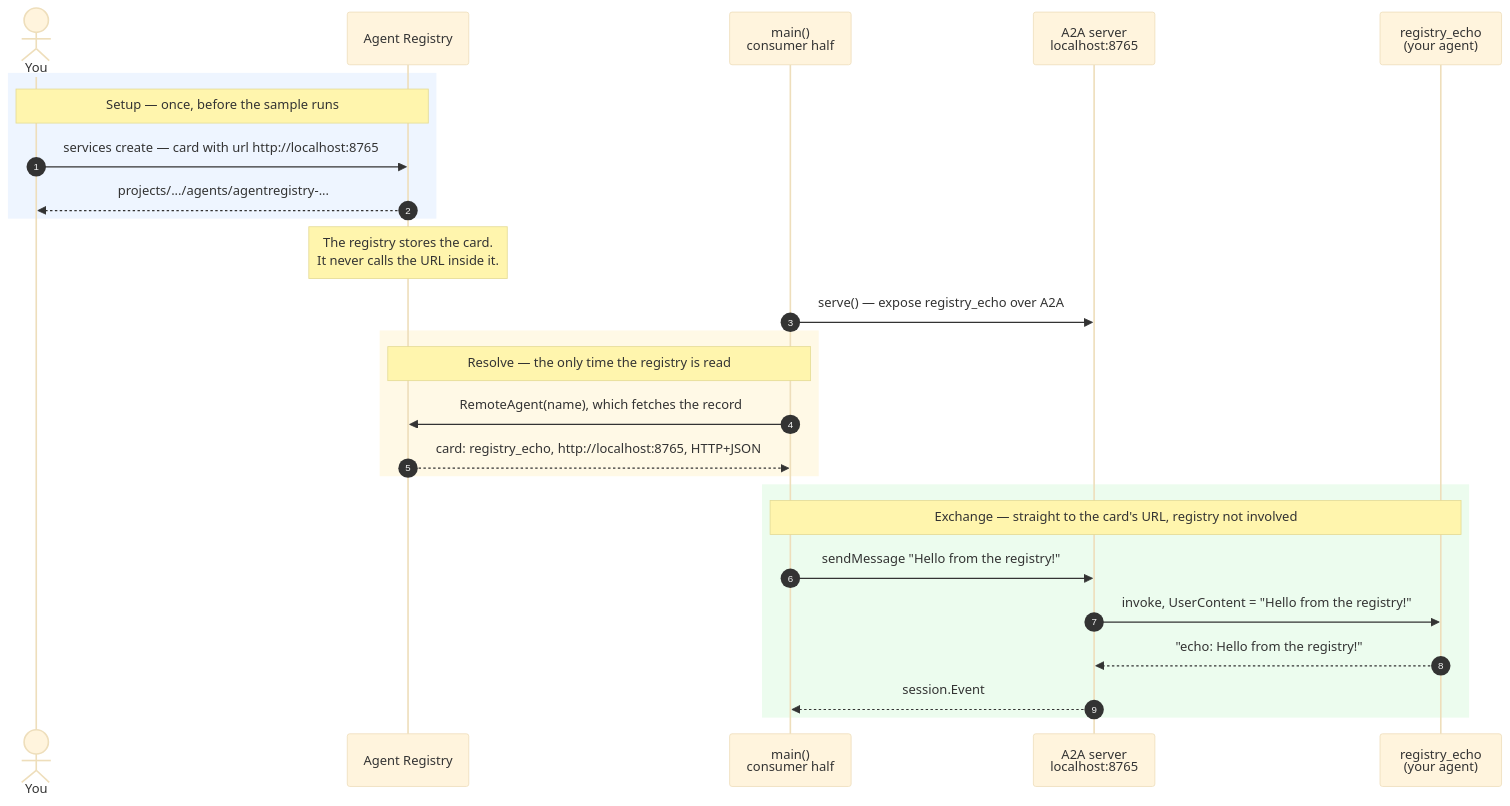
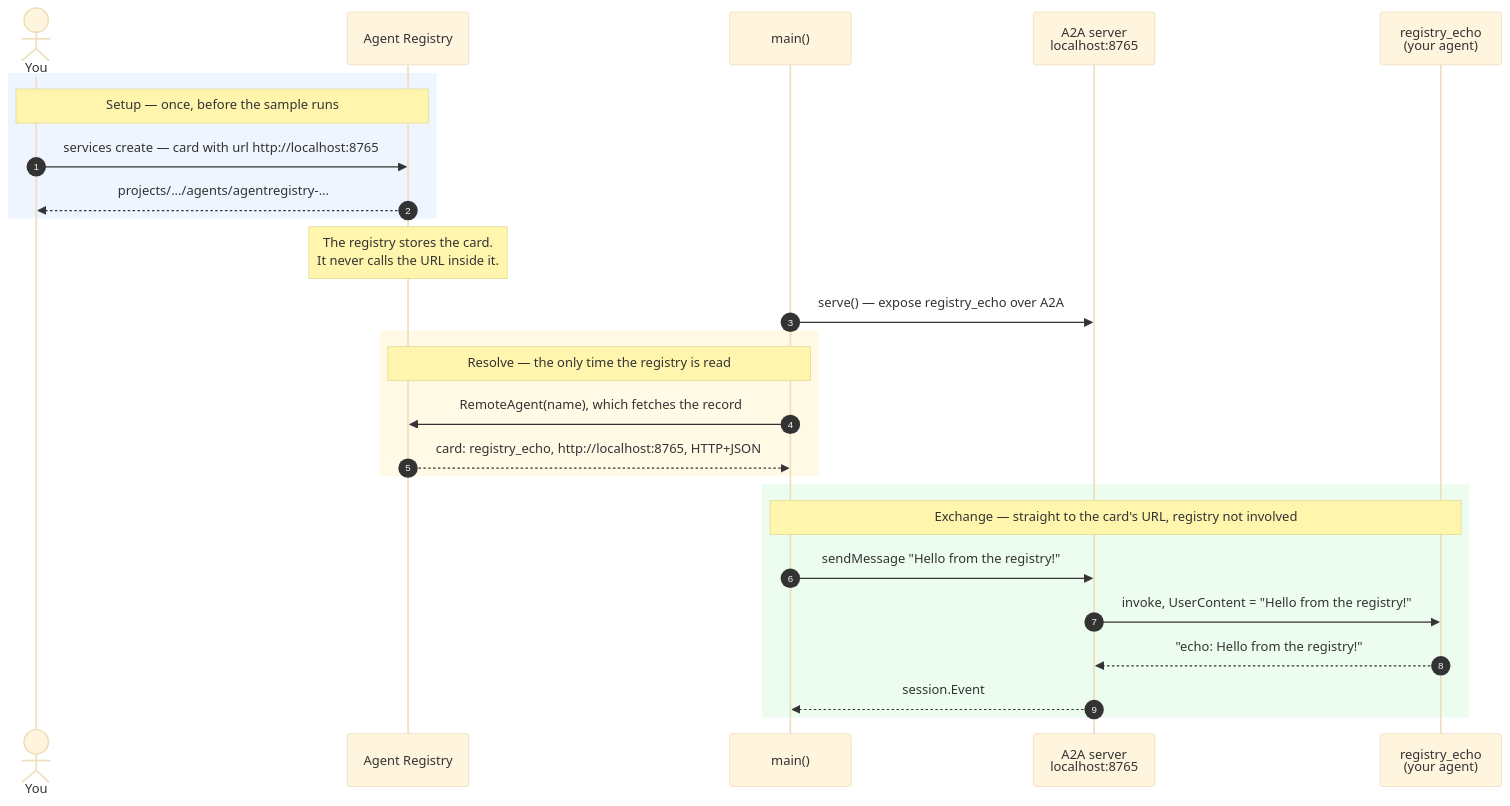
One commit to vhuk2025/adk-go changed the diagram in examples/agentregistry/a2a/README.md. Above: the diagram before and after it, drawn with Mermaid (base theme). The commit also changed other lines of this file and 1 other file, not shown here.

First line of the commit message:
docs(examples/agentregistry): drop the 'half' label from the a2a diagram

````diff
--- a/examples/agentregistry/a2a/README.md
+++ b/examples/agentregistry/a2a/README.md
@@ -22,32 +22,32 @@
 ```mermaid
 sequenceDiagram
     autonumber
     actor You as You
     participant AR as Agent Registry
-    participant Main as main()<br/>consumer half
+    participant Main as main()
     participant Srv as A2A server<br/>localhost:8765
     participant Echo as registry_echo<br/>(your agent)
 
     rect rgb(238,245,255)
     Note over You,AR: Setup — once, before the sample runs
     You->>AR: services create — card with url http://localhost:8765
     AR-->>You: projects/.../agents/agentregistry-...
     end
     Note over AR: The registry stores the card.<br/>It never calls the URL inside it.
 
     Main->>Srv: serve() — expose registry_echo over A2A
 
     rect rgb(255,249,230)
     Note over Main,AR: Resolve — the only time the registry is read
     Main->>AR: RemoteAgent(name), which fetches the record
     AR-->>Main: card: registry_echo, http://localhost:8765, HTTP+JSON
     end
 
     rect rgb(236,252,238)
     Note over Main,Echo: Exchange — straight to the card's URL, registry not involved
     Main->>Srv: sendMessage "Hello from the registry!"
     Srv->>Echo: invoke, UserContent = "Hello from the registry!"
     Echo-->>Srv: "echo: Hello from the registry!"
     Srv-->>Main: session.Event
     end
 ```
````
